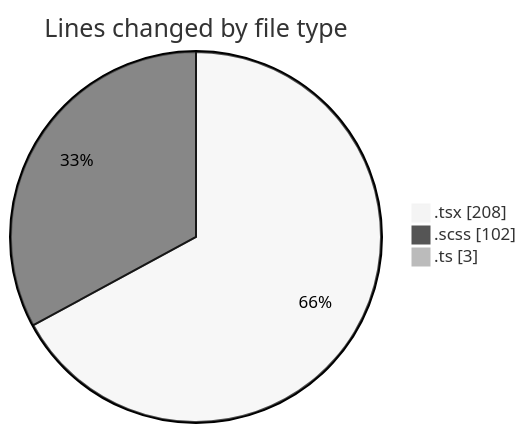
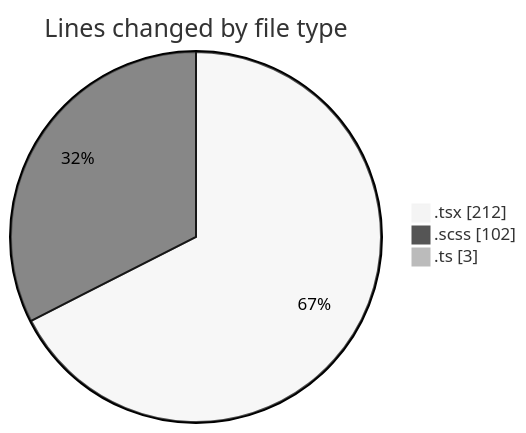
Before and after one commit to momahboobian/code-tracking: the first of 2 diagrams in 2026-10-30/cda/README.md, drawn with Mermaid (neutral theme). The commit also changed other lines of this file and 1 other file, not shown here.

````diff
--- a/2026-10-30/cda/README.md
+++ b/2026-10-30/cda/README.md
@@ -24,7 +24,7 @@
 ```mermaid
 pie showData
 title Lines changed by file type
-".tsx" : 208
+".tsx" : 212
 ".scss" : 102
 ".ts" : 3
 ```
````
